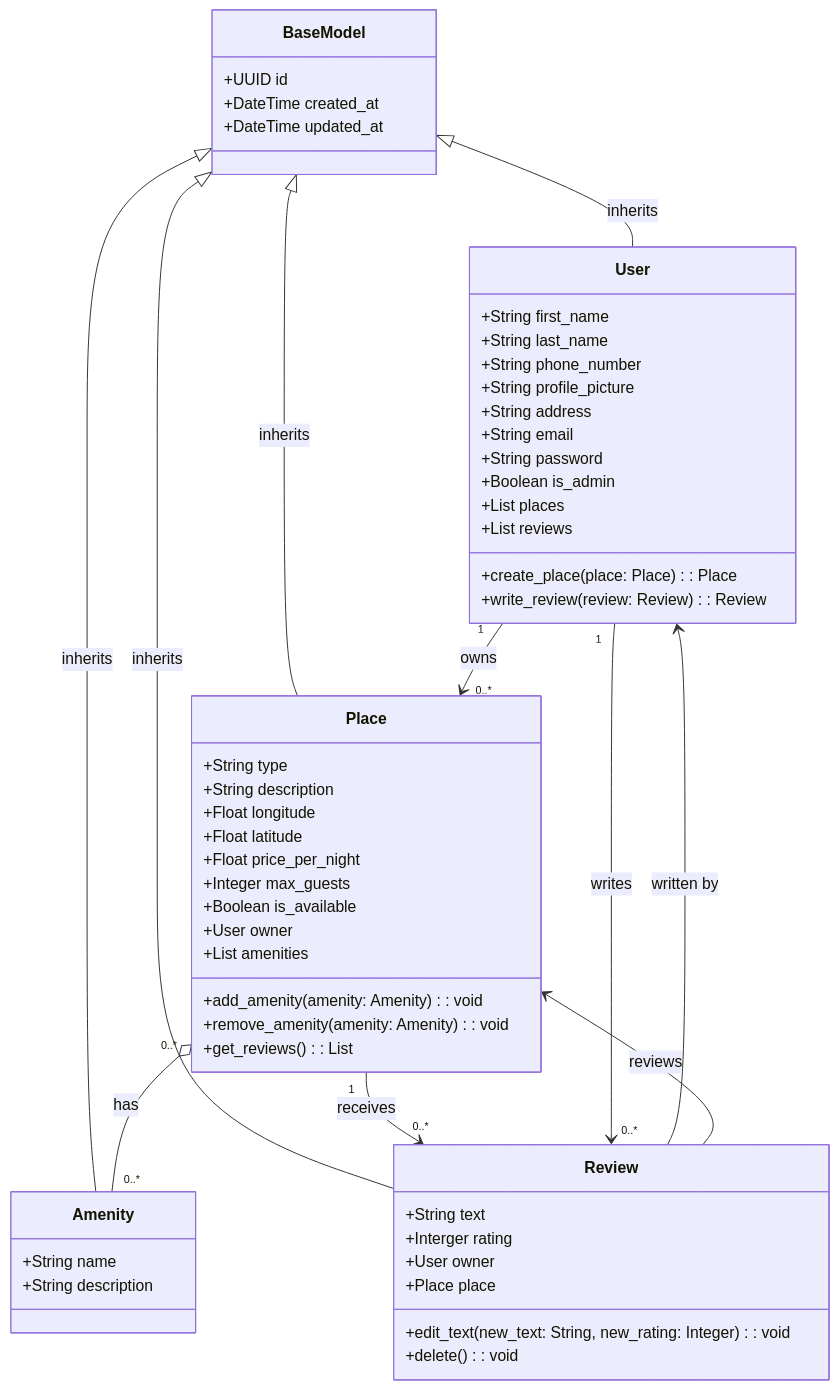
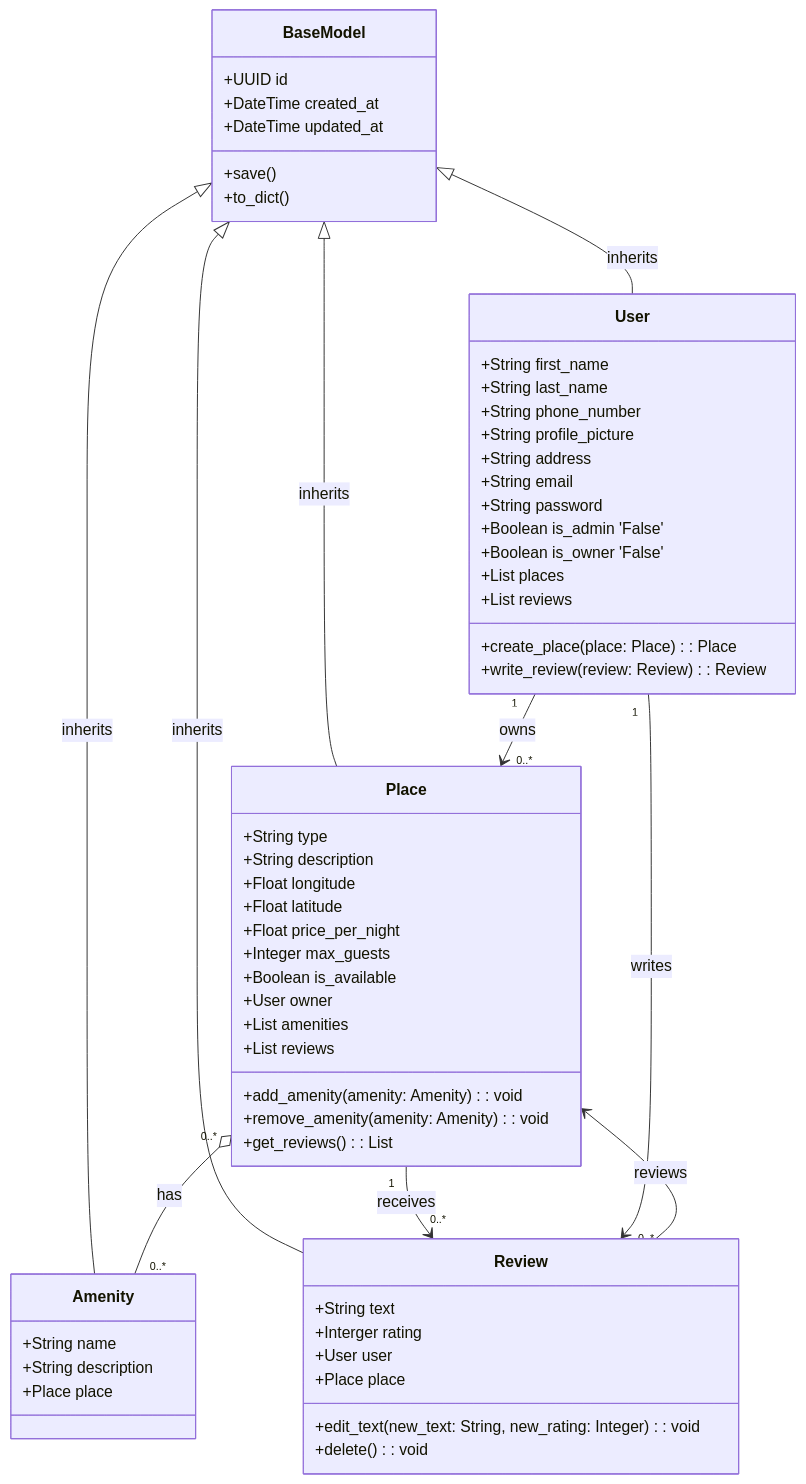
One commit to ItsZmainDev/holbertonschool-hbnb changed the second of 6 diagrams in part1/Documentation_Compilation.md. Above: the diagram before and after it, drawn with Mermaid.

Commit message:
Update detailed class diagram on documentation

````diff
--- a/part1/Documentation_Compilation.md
+++ b/part1/Documentation_Compilation.md
@@ -58,66 +58,70 @@
 ```mermaid
 classDiagram
     class BaseModel {
         +UUID id
         +DateTime created_at
         +DateTime updated_at
+        +save()
+        +to_dict()
     }
 
     class User {
         +String first_name
         +String last_name
         +String phone_number
         +String profile_picture
         +String address
         +String email
         +String password
-        +Boolean is_admin
+        +Boolean is_admin 'False'
+        +Boolean is_owner 'False'
         +List<Place> places
         +List<Review> reviews
         +create_place(place: Place): Place
         +write_review(review: Review): Review
     }
 
     class Place {
         +String type
         +String description
         +Float longitude
         +Float latitude
         +Float price_per_night
         +Integer max_guests
         +Boolean is_available
         +User owner
         +List<Amenity> amenities
+        +List<Review> reviews
         +add_amenity(amenity: Amenity): void
         +remove_amenity(amenity: Amenity): void
         +get_reviews(): List<Review>
     }
 
     class Amenity {
         +String name
         +String description
+        +Place place
     }
 
     class Review {
         +String text
         +Interger rating
-        +User owner
+        +User user
         +Place place
         +edit_text(new_text: String, new_rating: Integer): void
         +delete(): void
     }
 
     %% Inheritance
     BaseModel <|-- User : inherits
     BaseModel <|-- Place : inherits
     BaseModel <|-- Amenity : inherits
     BaseModel <|-- Review : inherits
 
     %% Relationships
     User "1" --> "0..*" Place : owns
     Place "0..*" o-- "0..*" Amenity : has
     Place "1" --> "0..*" Review : receives
     User "1" --> "0..*" Review : writes
-    Review --> User: written by
     Review --> Place: reviews
 ```
````
